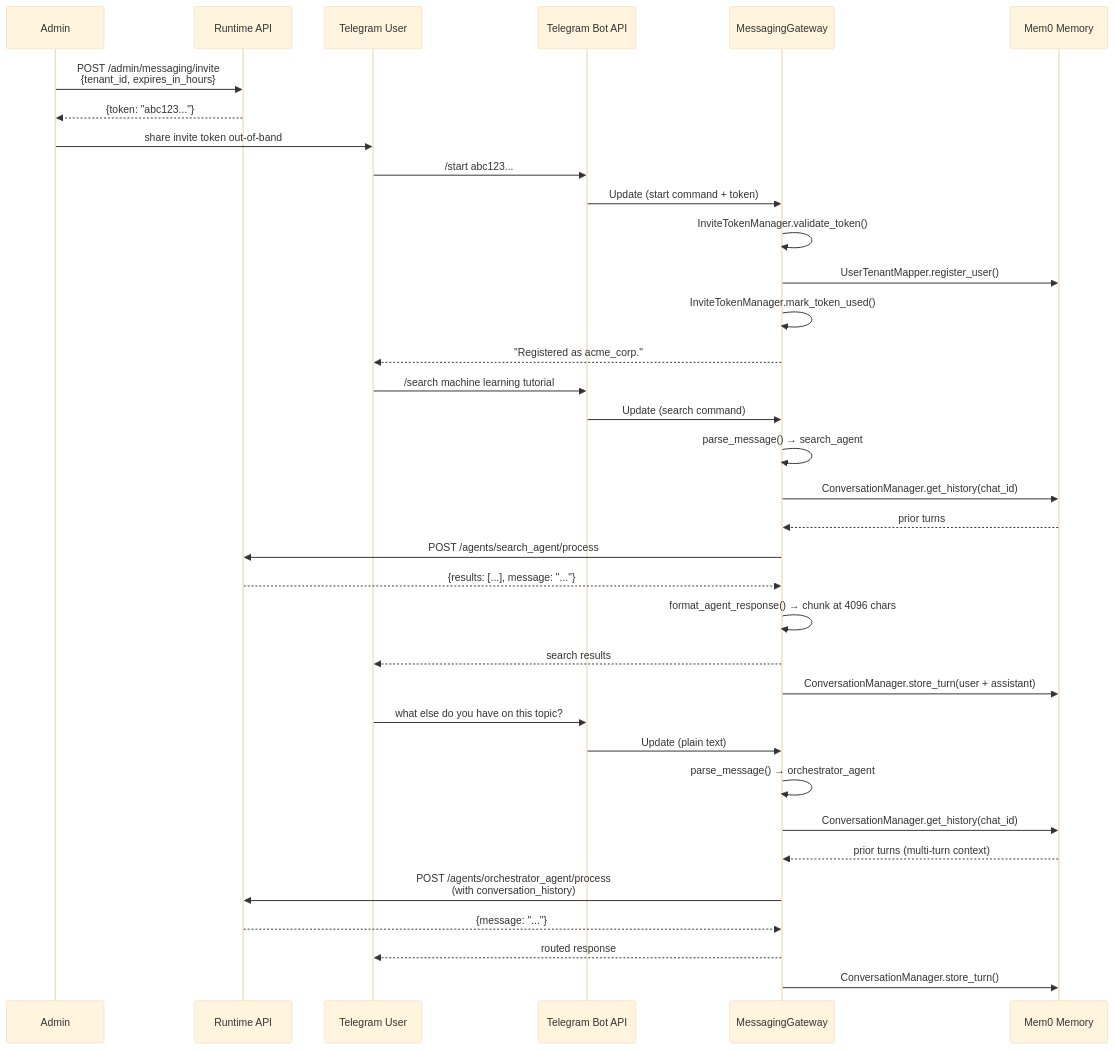
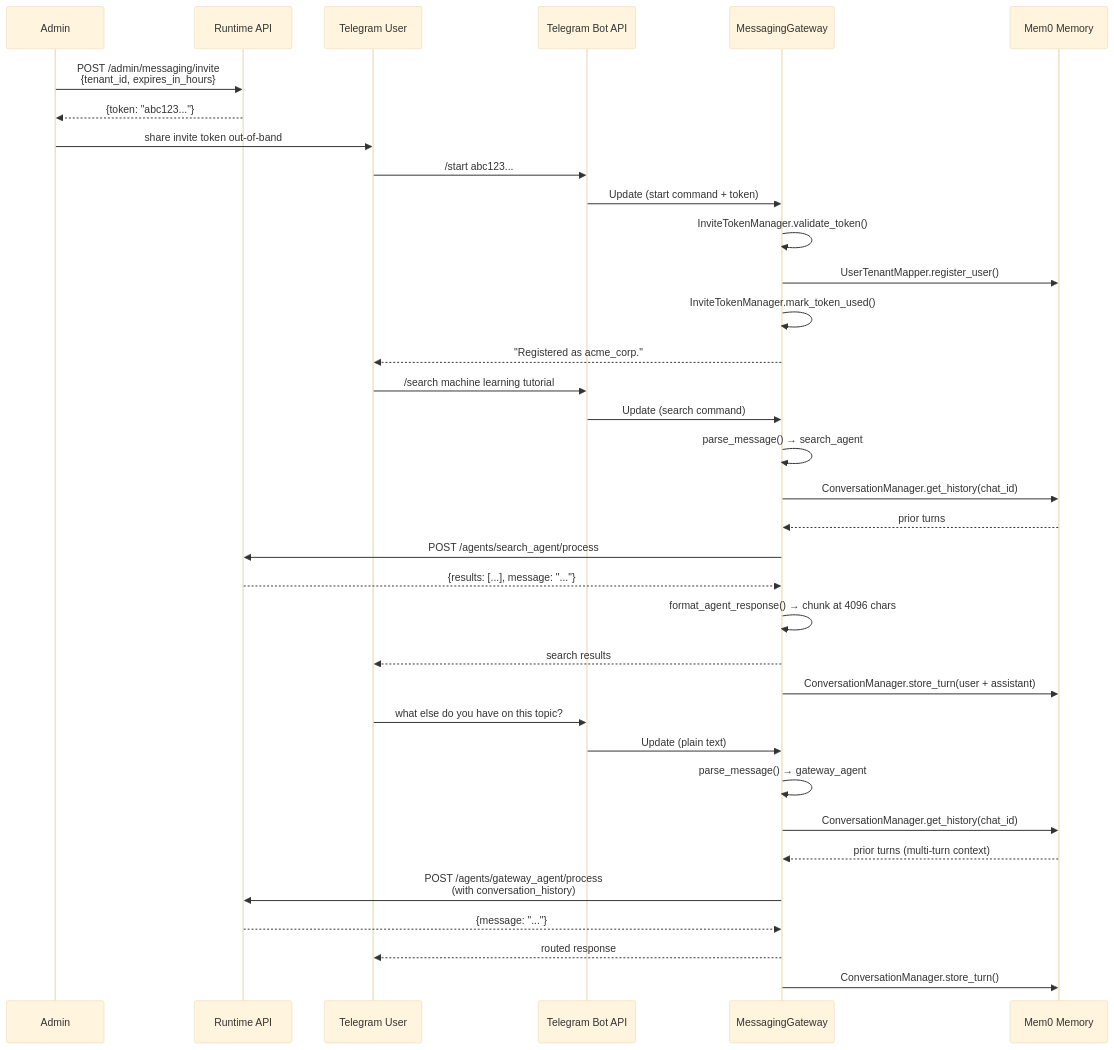
The second of 3 diagrams in docs/USER_GUIDE.md (amit-jain/cogniverse), drawn with Mermaid (base theme) before and after one commit. The commit also changed other lines of this file and 19 other files, not shown here.

````diff
--- a/docs/USER_GUIDE.md
+++ b/docs/USER_GUIDE.md
@@ -851,41 +863,41 @@
 ```mermaid
 sequenceDiagram
     participant ADM as Admin
     participant RT as Runtime API
     participant USR as Telegram User
     participant BOT as Telegram Bot API
     participant GW as MessagingGateway
     participant MEM as Mem0 Memory
 
     ADM->>RT: POST /admin/messaging/invite<br/>{tenant_id, expires_in_hours}
     RT-->>ADM: {token: "abc123..."}
     ADM->>USR: share invite token out-of-band
 
     USR->>BOT: /start abc123...
     BOT->>GW: Update (start command + token)
     GW->>GW: InviteTokenManager.validate_token()
     GW->>MEM: UserTenantMapper.register_user()
     GW->>GW: InviteTokenManager.mark_token_used()
     GW-->>USR: "Registered as acme_corp."
 
     USR->>BOT: /search machine learning tutorial
     BOT->>GW: Update (search command)
     GW->>GW: parse_message() → search_agent
     GW->>MEM: ConversationManager.get_history(chat_id)
     MEM-->>GW: prior turns
     GW->>RT: POST /agents/search_agent/process
     RT-->>GW: {results: [...], message: "..."}
     GW->>GW: format_agent_response() → chunk at 4096 chars
     GW-->>USR: search results
     GW->>MEM: ConversationManager.store_turn(user + assistant)
 
     USR->>BOT: what else do you have on this topic?
     BOT->>GW: Update (plain text)
-    GW->>GW: parse_message() → orchestrator_agent
+    GW->>GW: parse_message() → gateway_agent
     GW->>MEM: ConversationManager.get_history(chat_id)
     MEM-->>GW: prior turns (multi-turn context)
-    GW->>RT: POST /agents/orchestrator_agent/process<br/>(with conversation_history)
+    GW->>RT: POST /agents/gateway_agent/process<br/>(with conversation_history)
     RT-->>GW: {message: "..."}
     GW-->>USR: routed response
     GW->>MEM: ConversationManager.store_turn()
 ```
````
